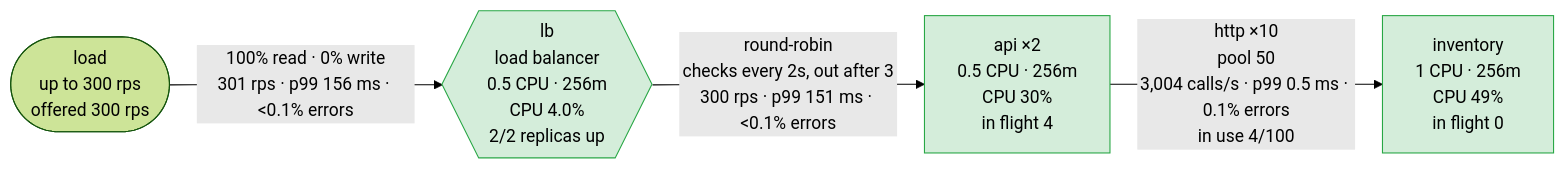
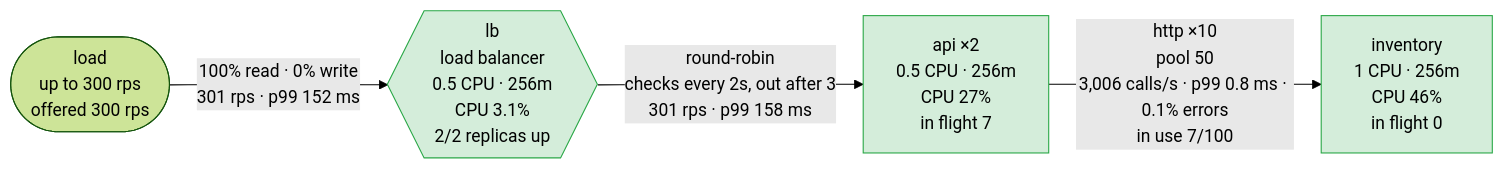
One commit to akinfemi/load-lore changed the first of 5 diagrams in scenarios/flaky-network/solutions/one-retry/report.md. Above: the diagram before and after it, drawn with Mermaid (forest theme). The commit also changed other lines of this file and 71 other files, not shown here.

````diff
--- a/scenarios/flaky-network/solutions/one-retry/report.md
+++ b/scenarios/flaky-network/solutions/one-retry/report.md
@@ -15,14 +15,14 @@
 ```mermaid
 flowchart LR
     load(["load<br/>up to 300 rps<br/>offered 300 rps"])
-    lb{{"lb<br/>load balancer<br/>0.5 CPU · 256m<br/>CPU 4.0%<br/>2/2 replicas up"}}
-    api["api ×2<br/>0.5 CPU · 256m<br/>CPU 30%<br/>in flight 4"]
-    inventory["inventory<br/>1 CPU · 256m<br/>CPU 49%<br/>in flight 0"]
-    load -->|"100% read · 0% write<br/>301 rps · p99 156 ms · #lt;0.1% errors"| lb
-    lb -->|"round-robin<br/>checks every 2s, out after 3<br/>300 rps · p99 151 ms · #lt;0.1% errors"| api
-    api -->|"http ×10<br/>pool 50<br/>3,004 calls/s · p99 0.5 ms · 0.1% errors<br/>in use 4/100"| inventory
+    lb{{"lb<br/>load balancer<br/>0.5 CPU · 256m<br/>CPU 3.1%<br/>2/2 replicas up"}}
+    api["api ×2<br/>0.5 CPU · 256m<br/>CPU 27%<br/>in flight 7"]
+    inventory["inventory<br/>1 CPU · 256m<br/>CPU 46%<br/>in flight 0"]
+    load -->|"100% read · 0% write<br/>301 rps · p99 152 ms"| lb
+    lb -->|"round-robin<br/>checks every 2s, out after 3<br/>301 rps · p99 158 ms"| api
+    api -->|"http ×10<br/>pool 50<br/>3,006 calls/s · p99 0.8 ms · 0.1% errors<br/>in use 7/100"| inventory
     classDef ok fill:#d4edda,stroke:#28a745,color:#000
     classDef warm fill:#fff3cd,stroke:#d39e00,color:#000
     classDef hot fill:#f8d7da,stroke:#dc3545,color:#000
     class lb,api,inventory ok
 ```
````
